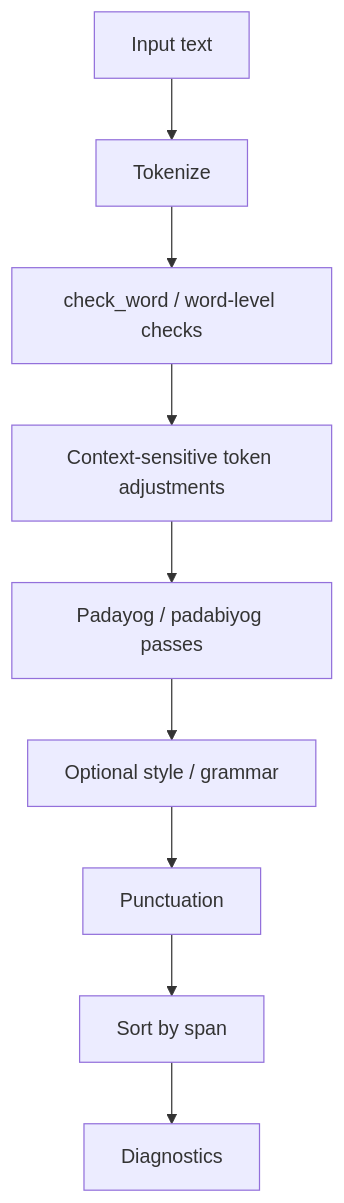
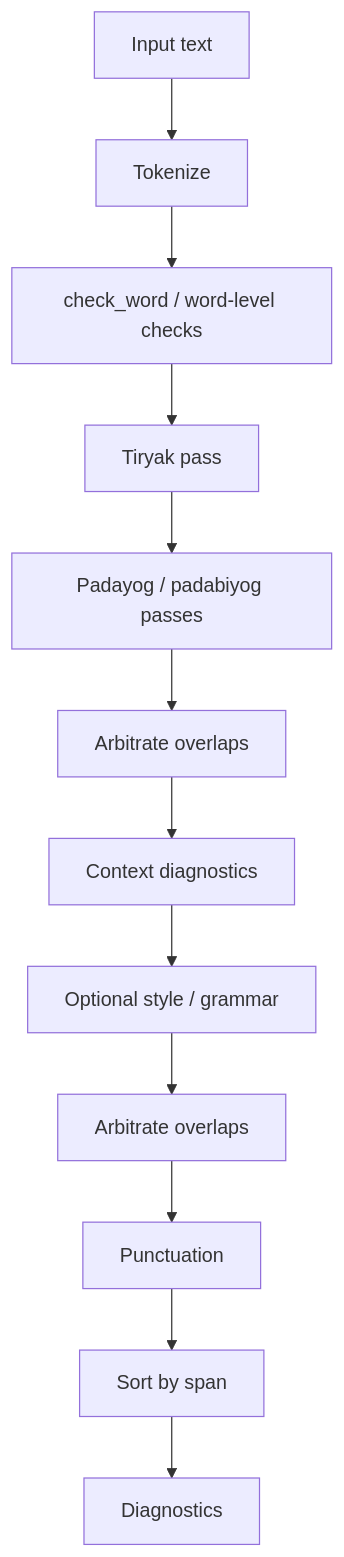
One commit to nepalibhasha/varnavinyas changed the diagram in crates/parikshak/ARCHITECTURE.md. Above: the diagram before and after it, drawn with Mermaid. The commit also changed other lines of this file and 13 other files, not shown here.

````diff
--- a/crates/parikshak/ARCHITECTURE.md
+++ b/crates/parikshak/ARCHITECTURE.md
@@ -33,14 +33,17 @@
 ```mermaid
 flowchart TD
     A[Input text]
     B[Tokenize]
     C[check_word / word-level checks]
-    D[Context-sensitive token adjustments]
+    D[Tiryak pass]
     E[Padayog / padabiyog passes]
-    F[Optional style / grammar]
-    G[Punctuation]
-    H[Sort by span]
-    I[Diagnostics]
+    F[Arbitrate overlaps]
+    G[Context diagnostics]
+    H[Optional style / grammar]
+    I[Arbitrate overlaps]
+    J[Punctuation]
+    K[Sort by span]
+    L[Diagnostics]
 
-    A --> B --> C --> D --> E --> F --> G --> H --> I
+    A --> B --> C --> D --> E --> F --> G --> H --> I --> J --> K --> L
 ```
````
